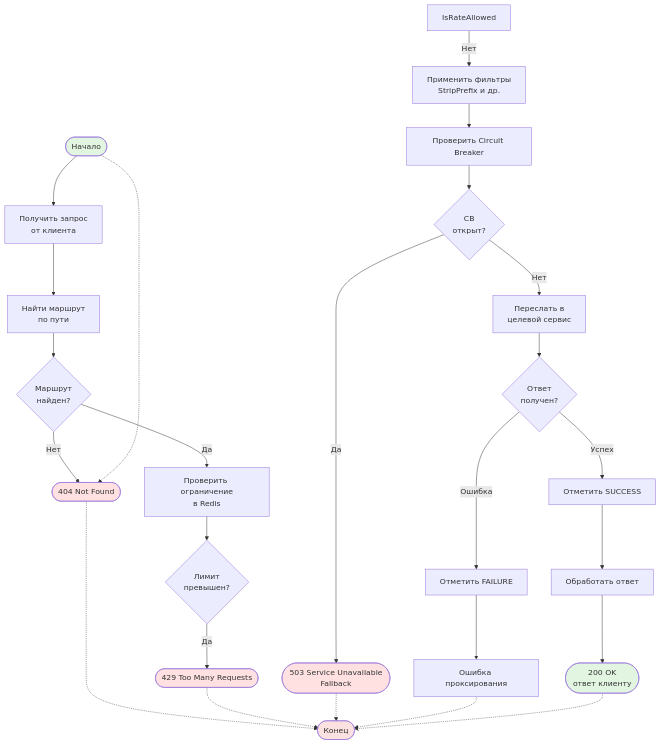
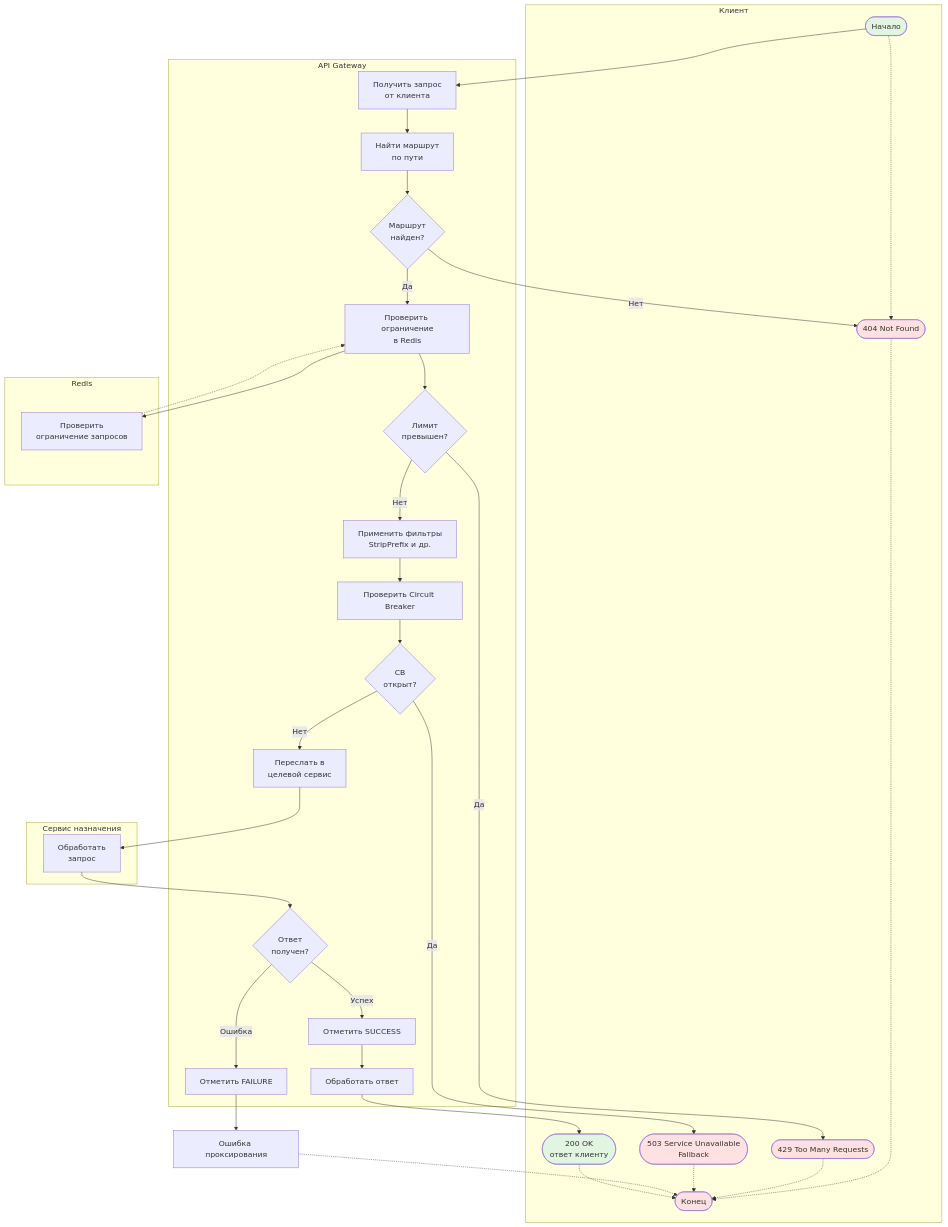
The second of 3 diagrams in api-gateway/README.md (PawKorchagin/hrofos-domain-register), drawn with Mermaid before and after one commit. The commit also changed other lines of this file and 7 other files, not shown here.

````diff
--- a/api-gateway/README.md
+++ b/api-gateway/README.md
@@ -121,45 +121,82 @@
 ```mermaid
-flowchart TD
-    Start([Начало]) --> Receive[Получить запрос<br/>от клиента]
-    Receive --> MatchRoute[Найти маршрут<br/>по пути]
+flowchart TB
+    subgraph ClientLane["         Клиент"]
+        Start([Начало])
+        Return404([404 Not Found])
+        Return429([429 Too Many Requests])
+        Return503([503 Service Unavailable<br/>Fallback])
+        Return200([200 OK<br/>ответ клиенту])
+        End([Конец])
+    end
 
-    MatchRoute --> HasRoute{Маршрут<br/>найден?}
-    HasRoute -- Нет --> Return404([404 Not Found])
+    subgraph GatewayLane["         API Gateway"]
+        Receive[Получить запрос<br/>от клиента]
+        MatchRoute[Найти маршрут<br/>по пути]
+        HasRoute{Маршрут<br/>найден?}
+        CheckRate[Проверить ограничение<br/>в Redis]
+        IsRateLimited{Лимит<br/>превышен?}
+        ApplyFilters[Применить фильтры<br/>StripPrefix и др.]
+        CBCheck[Проверить Circuit Breaker]
+        IsCBOpen{CB<br/>открыт?}
+        ForwardRequest[Переслать в<br/>целевой сервис]
+        CheckResponse{Ответ<br/>получен?}
+        CBOnFailure[Отметить FAILURE]
+        CBOnSuccess[Отметить SUCCESS]
+        ProcessResponse[Обработать ответ]
+    end
 
-    HasRoute -- Да --> CheckRate[Проверить ограничение<br/>в Redis]
-    CheckRate --> IsRateLimited{Лимит<br/>превышен?}
+    subgraph RedisLane["         Redis"]
+        RateCheck[Проверить<br/>ограничение запросов]
+    end
 
-    IsRateLimited -- Да --> Return429([429 Too Many Requests])
-    IsRateAllowed -- Нет --> ApplyFilters[Применить фильтры<br/>StripPrefix и др.]
+    subgraph ServiceLane["         Сервис назначения"]
+        TargetService[Обработать<br/>запрос]
+    end
 
-    ApplyFilters --> CBCheck[Проверить Circuit Breaker]
+    Start --> Receive
+    Receive --> MatchRoute
 
-    CBCheck --> IsCBOpen{CB<br/>открыт?}
-    IsCBOpen -- Да --> Return503([503 Service Unavailable<br/>Fallback])
+    MatchRoute --> HasRoute
+    HasRoute -- Нет --> Return404
 
-    IsCBOpen -- Нет --> ForwardRequest[Переслать в<br/>целевой сервис]
+    HasRoute -- Да --> CheckRate
+    CheckRate --> RateCheck
+    RateCheck -.-> CheckRate
 
-    ForwardRequest --> CheckResponse{Ответ<br/>получен?}
+    CheckRate --> IsRateLimited
 
-    CheckResponse -- Ошибка --> CBOnFailure[Отметить FAILURE]
-    CheckResponse -- Успех --> CBOnSuccess[Отметить SUCCESS]
+    IsRateLimited -- Да --> Return429
+    IsRateLimited -- Нет --> ApplyFilters
+
+    ApplyFilters --> CBCheck
+
+    CBCheck --> IsCBOpen
+    IsCBOpen -- Да --> Return503
+
+    IsCBOpen -- Нет --> ForwardRequest
+
+    ForwardRequest --> TargetService
+    TargetService --> CheckResponse
+
+    CheckResponse -- Ошибка --> CBOnFailure
+    CheckResponse -- Успех --> CBOnSuccess
 
     CBOnFailure --> ReturnError[Ошибка проксирования]
-    CBOnSuccess --> ProcessResponse[Обработать ответ]
+    CBOnSuccess --> ProcessResponse
 
-    ProcessResponse --> Return200([200 OK<br/>ответ клиенту])
+    ProcessResponse --> Return200
 
     Start -.-> Return404
-    Return404 -.-> End([Конец])
+    Return404 -.-> End
     Return429 -.-> End
     Return503 -.-> End
     ReturnError -.-> End
     Return200 -.-> End
 
     style Start fill:#e1f5e1
     style End fill:#fce1e1
     style Return200 fill:#e1f5e1
     style Return404 fill:#ffe1e1
     style Return429 fill:#ffe1e1
     style Return503 fill:#ffe1e1
 ```
````
